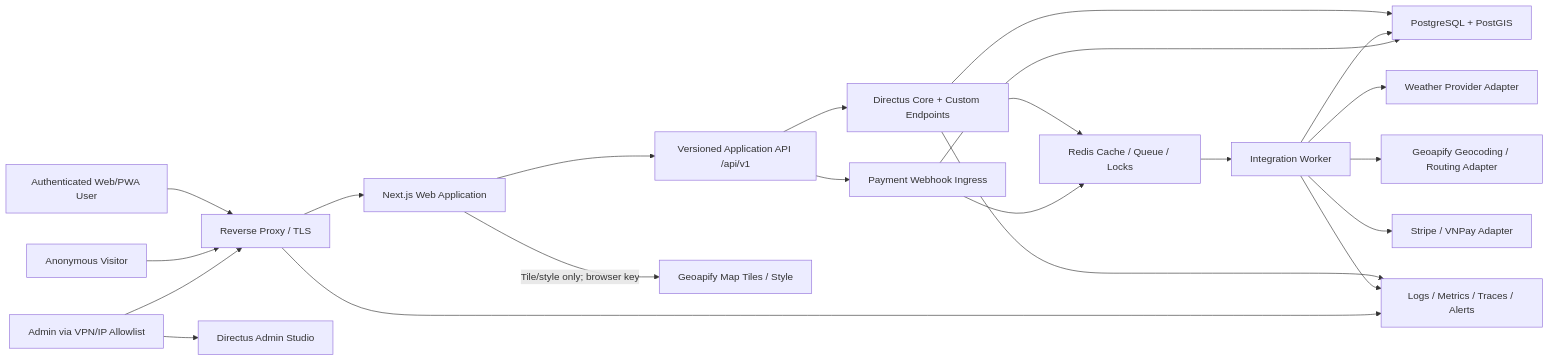
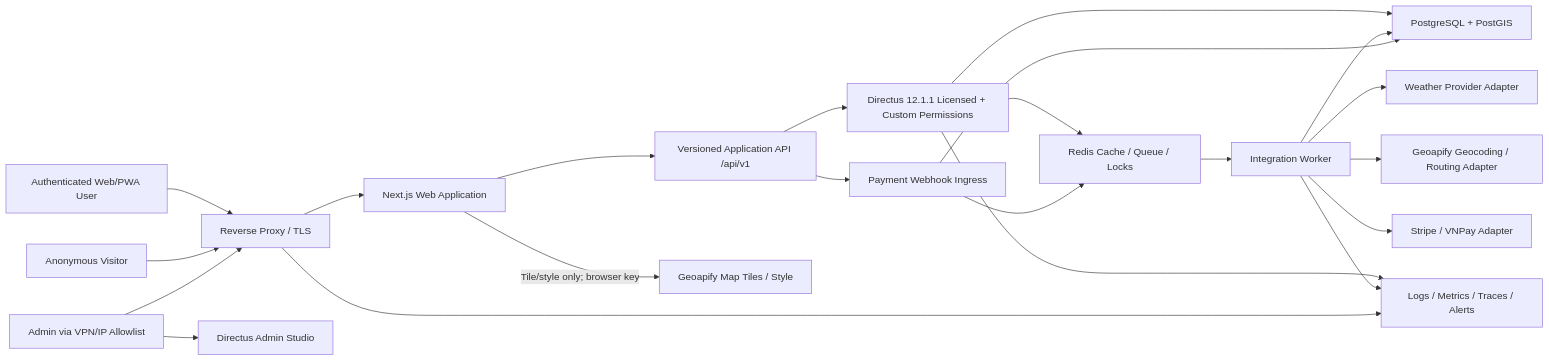
One commit to hxdhshep07052005/VietNamWeather_Supported_with_ai changed the first of 3 diagrams in docs/Plan_Phases/ARCHITECTURE.md. Above: the diagram before and after it, drawn with Mermaid. The commit also changed other lines of this file and 69 other files, not shown here.

````diff
--- a/docs/Plan_Phases/ARCHITECTURE.md
+++ b/docs/Plan_Phases/ARCHITECTURE.md
@@ -25,28 +25,28 @@
 ```mermaid
 flowchart LR
     USER["Authenticated Web/PWA User"] --> EDGE["Reverse Proxy / TLS"]
     PUBLIC["Anonymous Visitor"] --> EDGE
     ADMIN["Admin via VPN/IP Allowlist"] --> EDGE
 
     EDGE --> WEB["Next.js Web Application"]
     WEB --> API["Versioned Application API /api/v1"]
     WEB -->|"Tile/style only; browser key"| MAPTILES["Geoapify Map Tiles / Style"]
     ADMIN --> STUDIO["Directus Admin Studio"]
 
-    API --> DIRECTUS["Directus Core + Custom Endpoints"]
+    API --> DIRECTUS["Directus 12.1.1 Licensed + Custom Permissions"]
     DIRECTUS --> PG["PostgreSQL + PostGIS"]
     DIRECTUS --> REDIS["Redis Cache / Queue / Locks"]
     REDIS --> WORKER["Integration Worker"]
     WORKER --> PG
 
     WORKER --> WEATHER["Weather Provider Adapter"]
     WORKER --> ROUTING["Geoapify Geocoding / Routing Adapter"]
     API --> PAYIN["Payment Webhook Ingress"]
     PAYIN --> PG
     PAYIN --> REDIS
     WORKER --> PAYMENT["Stripe / VNPay Adapter"]
 
     DIRECTUS --> OBS["Logs / Metrics / Traces / Alerts"]
     WORKER --> OBS
     EDGE --> OBS
 ```
````
